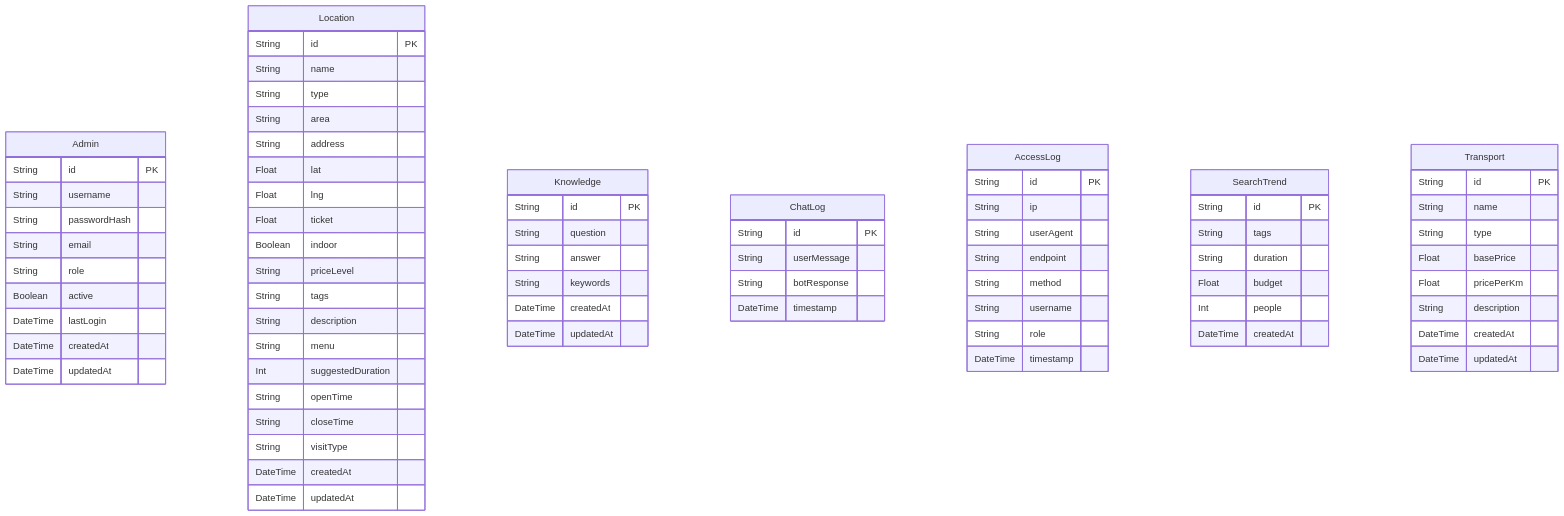
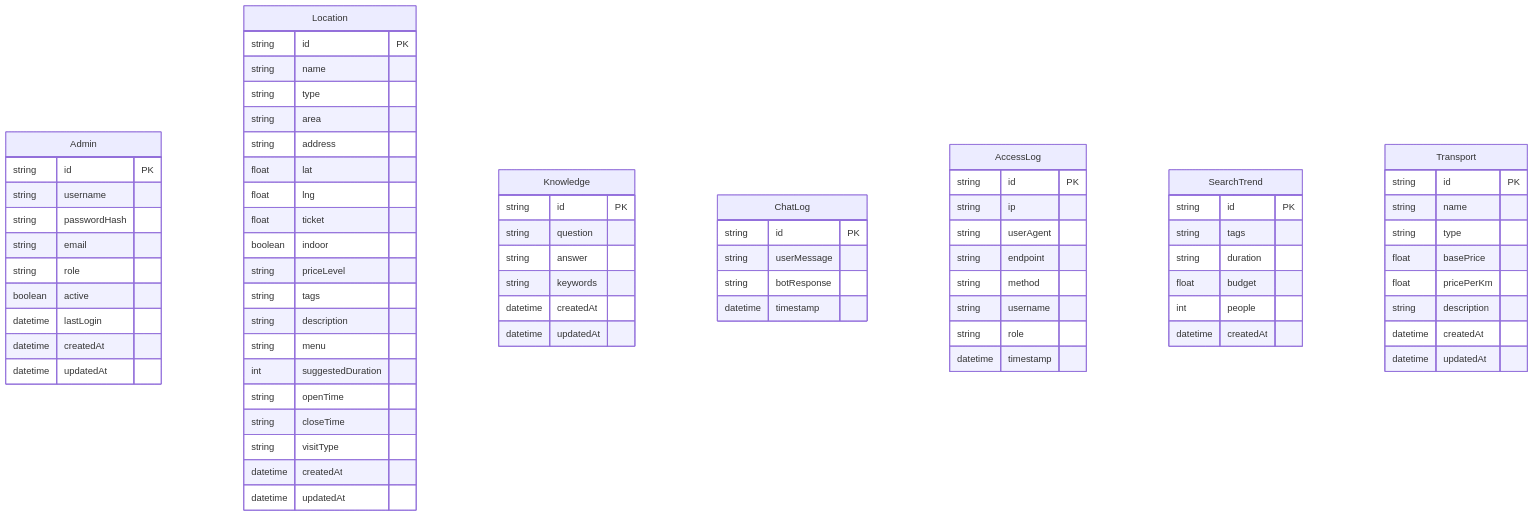
The fourth of 6 diagrams in docs/ARCHITECTURE.md (Doggie-H/Dana-Travel), drawn with Mermaid before and after one commit. The commit also changed other lines of this file, not shown here.

````diff
--- a/docs/ARCHITECTURE.md
+++ b/docs/ARCHITECTURE.md
@@ -112,83 +112,83 @@
 ```mermaid
 erDiagram
     Admin {
-        String id PK
-        String username
-        String passwordHash
-        String email
-        String role
-        Boolean active
-        DateTime lastLogin
-        DateTime createdAt
-        DateTime updatedAt
+        string id PK
+        string username
+        string passwordHash
+        string email
+        string role
+        boolean active
+        datetime lastLogin
+        datetime createdAt
+        datetime updatedAt
     }
 
     Location {
-        String id PK
-        String name
-        String type
-        String area
-        String address
-        Float lat
-        Float lng
-        Float ticket
-        Boolean indoor
-        String priceLevel
-        String tags
-        String description
-        String menu
-        Int suggestedDuration
-        String openTime
-        String closeTime
-        String visitType
-        DateTime createdAt
-        DateTime updatedAt
+        string id PK
+        string name
+        string type
+        string area
+        string address
+        float lat
+        float lng
+        float ticket
+        boolean indoor
+        string priceLevel
+        string tags
+        string description
+        string menu
+        int suggestedDuration
+        string openTime
+        string closeTime
+        string visitType
+        datetime createdAt
+        datetime updatedAt
     }
 
     Knowledge {
-        String id PK
-        String question
-        String answer
-        String keywords
-        DateTime createdAt
-        DateTime updatedAt
+        string id PK
+        string question
+        string answer
+        string keywords
+        datetime createdAt
+        datetime updatedAt
     }
 
     ChatLog {
-        String id PK
-        String userMessage
-        String botResponse
-        DateTime timestamp
+        string id PK
+        string userMessage
+        string botResponse
+        datetime timestamp
     }
 
     AccessLog {
-        String id PK
-        String ip
-        String userAgent
-        String endpoint
-        String method
-        String username
-        String role
-        DateTime timestamp
+        string id PK
+        string ip
+        string userAgent
+        string endpoint
+        string method
+        string username
+        string role
+        datetime timestamp
     }
 
     SearchTrend {
-        String id PK
-        String tags
-        String duration
-        Float budget
-        Int people
-        DateTime createdAt
+        string id PK
+        string tags
+        string duration
+        float budget
+        int people
+        datetime createdAt
     }
 
     Transport {
-        String id PK
-        String name
-        String type
-        Float basePrice
-        Float pricePerKm
-        String description
-        DateTime createdAt
-        DateTime updatedAt
+        string id PK
+        string name
+        string type
+        float basePrice
+        float pricePerKm
+        string description
+        datetime createdAt
+        datetime updatedAt
     }
 ```
````
